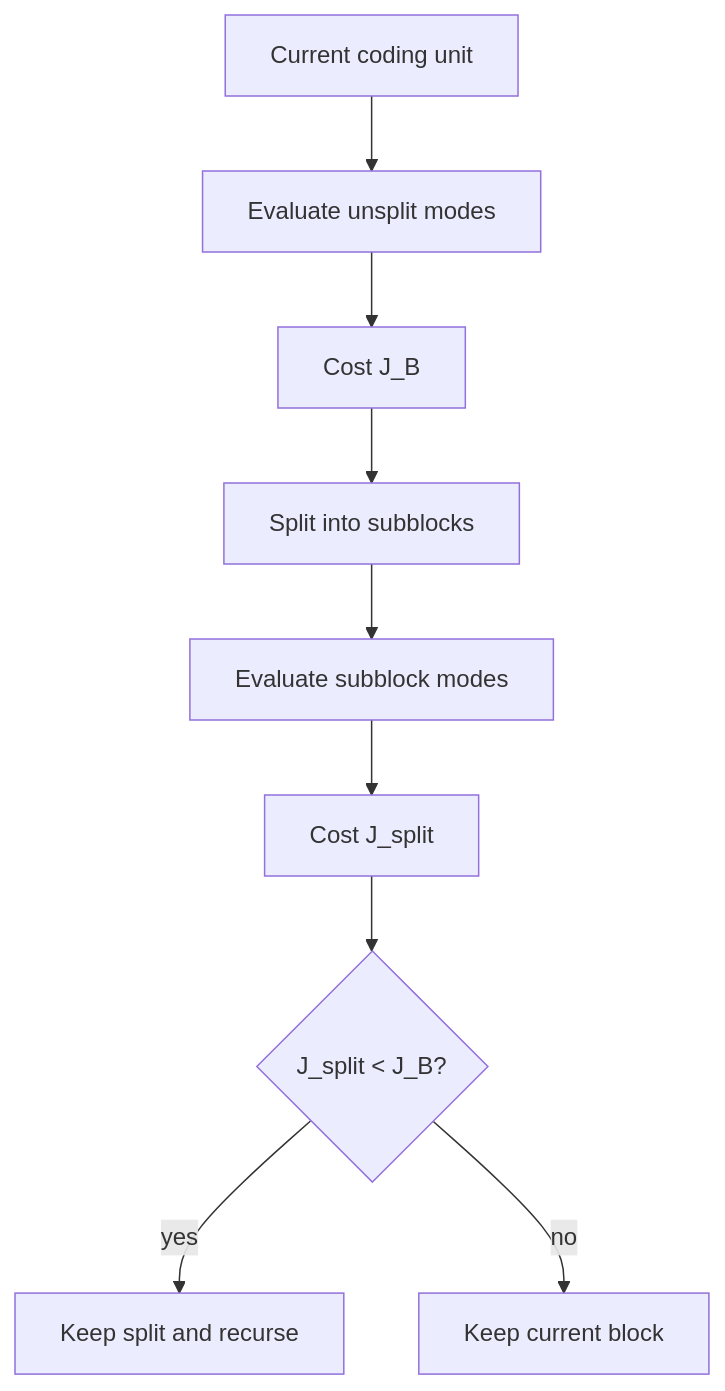
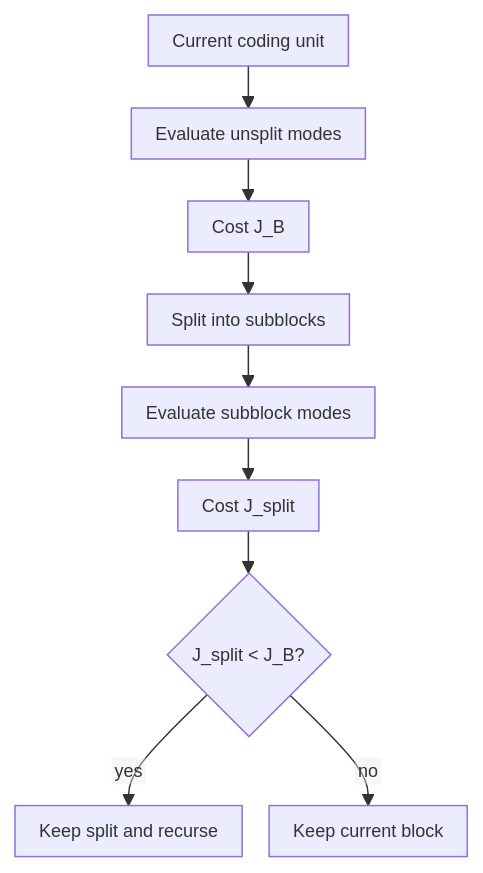
Diagram 18 of 31 in First Year/Second Semester/Multimedia Communications/Summaries/Multimedia Communications - Complete Notes.md (alessandro-vulcu-code/ICT2025), drawn with Mermaid before and after one commit. The commit also changed other lines of this file and 582 other files, not shown here.

````diff
--- a/First Year/Second Semester/Multimedia Communications/Summaries/Multimedia Communications - Complete Notes.md
+++ b/First Year/Second Semester/Multimedia Communications/Summaries/Multimedia Communications - Complete Notes.md
@@ -4826,11 +4784,12 @@
 ```mermaid
+%%{init: {"flowchart": {"useMaxWidth": true, "htmlLabels": false, "nodeSpacing": 18, "rankSpacing": 28, "padding": 8}, "themeVariables": {"fontSize": "12px"}}}%%
 flowchart TD
-    A[Current coding unit] --> B[Evaluate unsplit modes]
-    B --> C[Cost J_B]
-    C --> D[Split into subblocks]
-    D --> E[Evaluate subblock modes]
-    E --> F[Cost J_split]
-    F --> G{J_split < J_B?}
-    G -- yes --> H[Keep split and recurse]
-    G -- no --> I[Keep current block]
+    A["Current coding unit"] --> B["Evaluate unsplit modes"]
+    B --> C["Cost J_B"]
+    C --> D["Split into subblocks"]
+    D --> E["Evaluate subblock modes"]
+    E --> F["Cost J_split"]
+    F --> G{"J_split < J_B?"}
+    G -->|yes| H["Keep split and recurse"]
+    G -->|no| I["Keep current block"]
 ```
````
